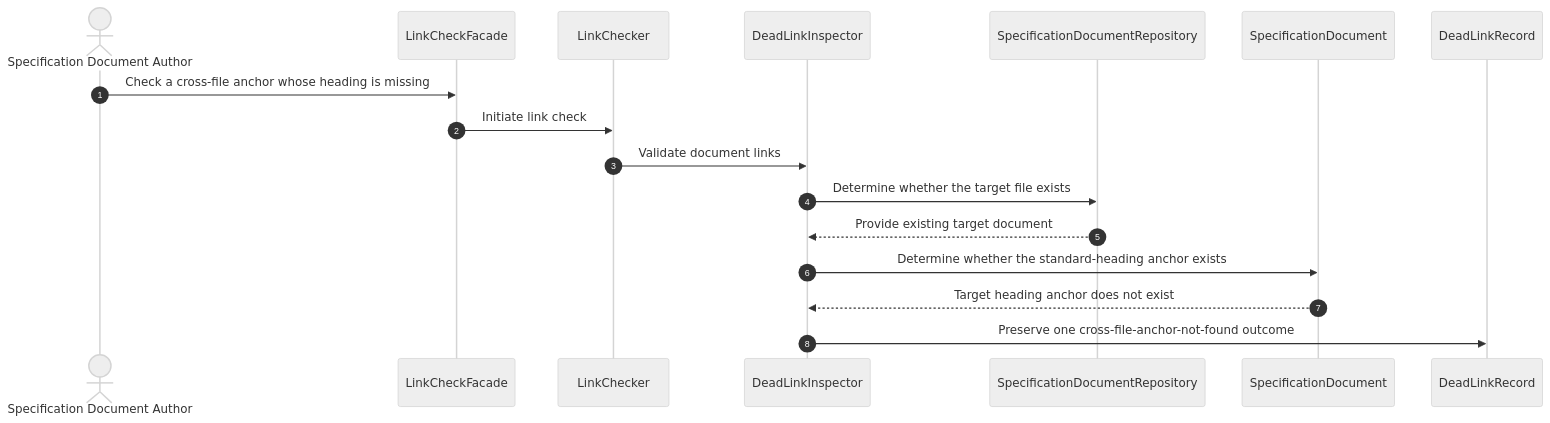
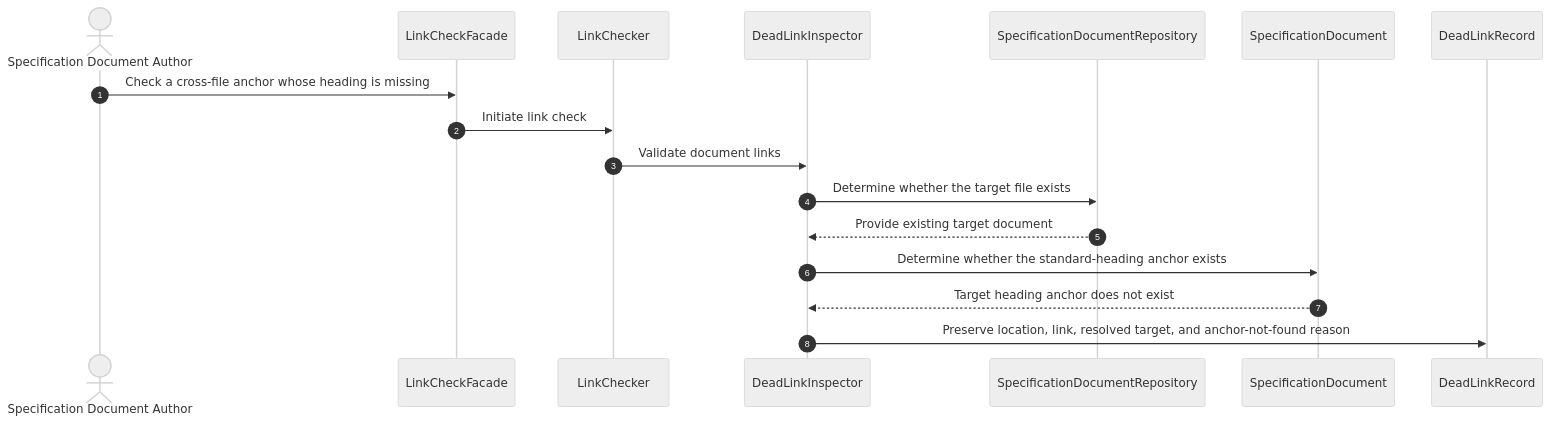
Diagram 19 of 47 in specs/md-linkage/design.md (huang-xiao-jian/bluey), drawn with Mermaid (neutral theme) before and after one commit. The commit also changed other lines of this file and 15 other files, not shown here.

````diff
--- a/specs/md-linkage/design.md
+++ b/specs/md-linkage/design.md
@@ -691,20 +691,20 @@
 ```mermaid
 sequenceDiagram
     autonumber
     actor Author as Specification Document Author
     participant Submission as LinkCheckFacade
     participant Check as LinkChecker
     participant Detection as DeadLinkInspector
     participant Access as SpecificationDocumentRepository
     participant Target as SpecificationDocument
     participant Record as DeadLinkRecord
 
     Author->>Submission: Check a cross-file anchor whose heading is missing
     Submission->>Check: Initiate link check
     Check->>Detection: Validate document links
     Detection->>Access: Determine whether the target file exists
     Access-->>Detection: Provide existing target document
     Detection->>Target: Determine whether the standard-heading anchor exists
     Target-->>Detection: Target heading anchor does not exist
-    Detection->>Record: Preserve one cross-file-anchor-not-found outcome
+    Detection->>Record: Preserve location, link, resolved target, and anchor-not-found reason
 ```
````
